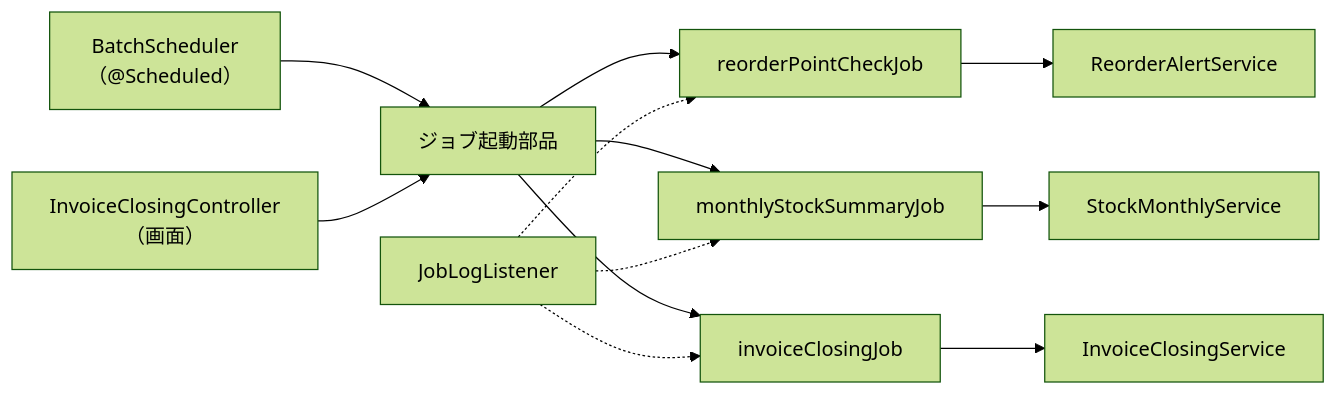
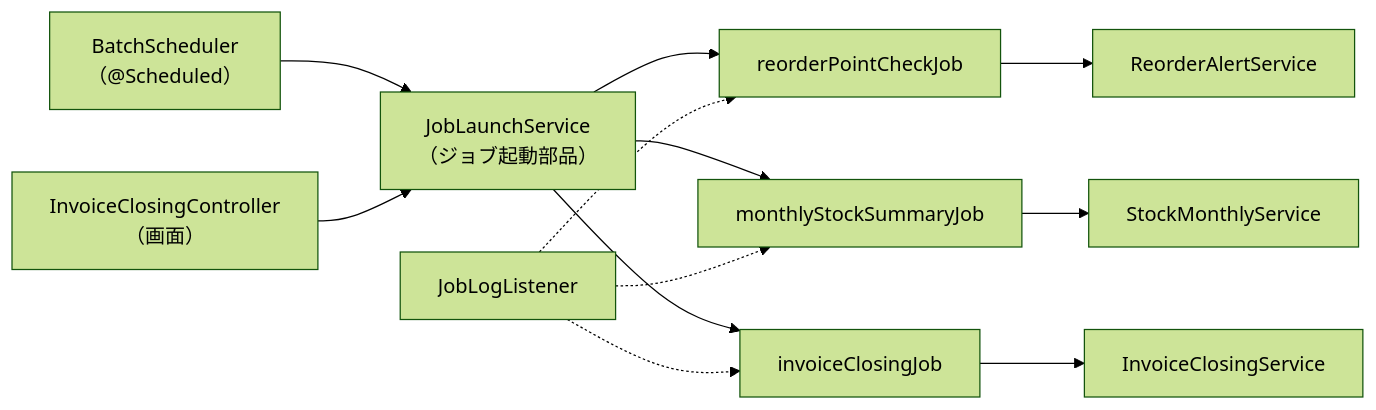
The first of 2 diagrams in docs/ja/03_詳細設計/06_バッチ詳細設計.md (Casis009/sales-mgmt-portfolio), drawn with Mermaid (forest theme) before and after one commit. The commit also changed other lines of this file and 63 other files, not shown here.

````diff
--- a/docs/ja/03_詳細設計/06_バッチ詳細設計.md
+++ b/docs/ja/03_詳細設計/06_バッチ詳細設計.md
@@ -22,14 +22,14 @@
 ```mermaid
 flowchart LR
-    SCH["BatchScheduler<br/>（@Scheduled）"] --> L[ジョブ起動部品]
+    SCH["BatchScheduler<br/>（@Scheduled）"] --> L["JobLaunchService<br/>（ジョブ起動部品）"]
     UI["InvoiceClosingController<br/>（画面）"] --> L
     L --> J1[reorderPointCheckJob]
     L --> J2[monthlyStockSummaryJob]
     L --> J3[invoiceClosingJob]
     J1 --> S1[ReorderAlertService]
     J2 --> S2[StockMonthlyService]
     J3 --> S3[InvoiceClosingService]
     LS[JobLogListener] -.-> J1
     LS -.-> J2
     LS -.-> J3
 ```
````
